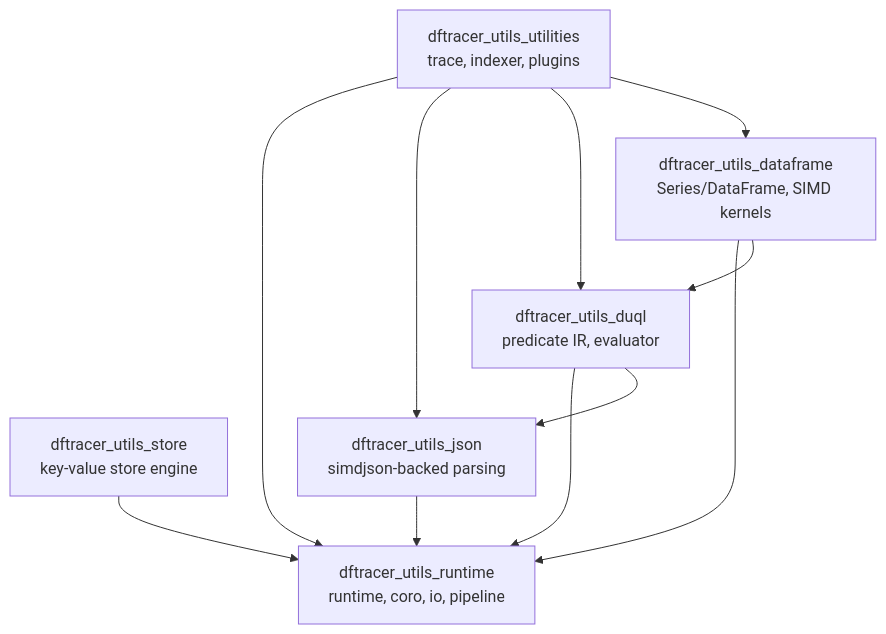
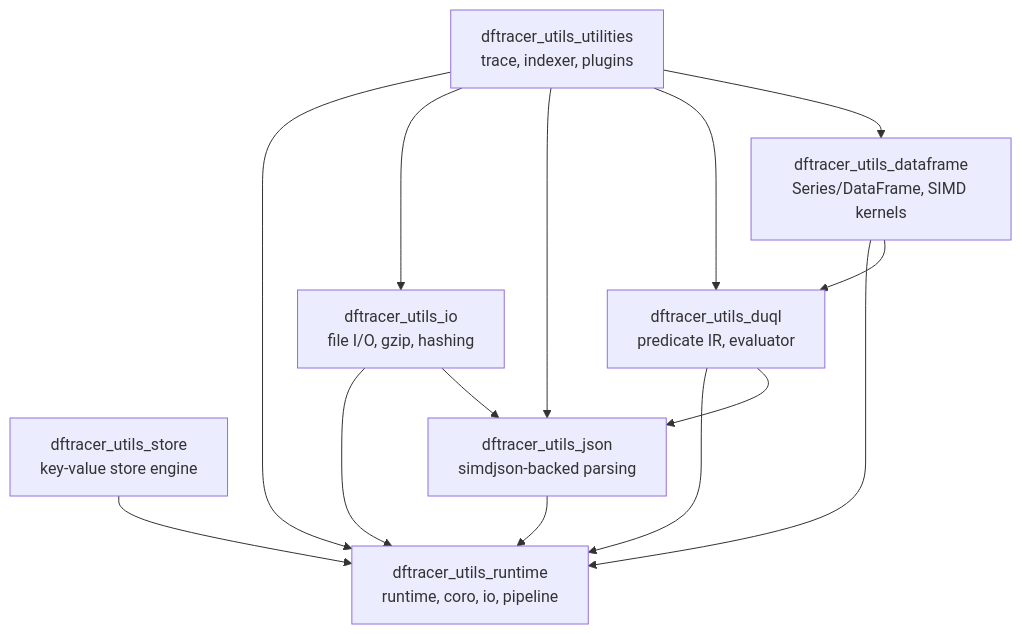
The first of 2 diagrams in docs/source/concepts/architecture.rst (llnl-asr/dftracer-utils), drawn with Mermaid before and after one commit. The commit also changed other lines of this file and 40 other files, not shown here.

```diff
--- a/docs/source/concepts/architecture.rst
+++ b/docs/source/concepts/architecture.rst
@@ -43,19 +46,23 @@
 .. mermaid::
 
    graph TB
        Runtime["dftracer_utils_runtime<br/>runtime, coro, io, pipeline"]
        Store["dftracer_utils_store<br/>key-value store engine"]
+       Io["dftracer_utils_io<br/>file I/O, gzip, hashing"]
        Json["dftracer_utils_json<br/>simdjson-backed parsing"]
        Query["dftracer_utils_duql<br/>predicate IR, evaluator"]
        DF["dftracer_utils_dataframe<br/>Series/DataFrame, SIMD kernels"]
        Util["dftracer_utils_utilities<br/>trace, indexer, plugins"]
        Store --> Runtime
+       Io --> Runtime
+       Io --> Json
        Json --> Runtime
        Query --> Runtime
        Query --> Json
        DF --> Runtime
        DF --> Query
        Util --> Runtime
+       Util --> Io
        Util --> Json
        Util --> Query
        Util --> DF
```
